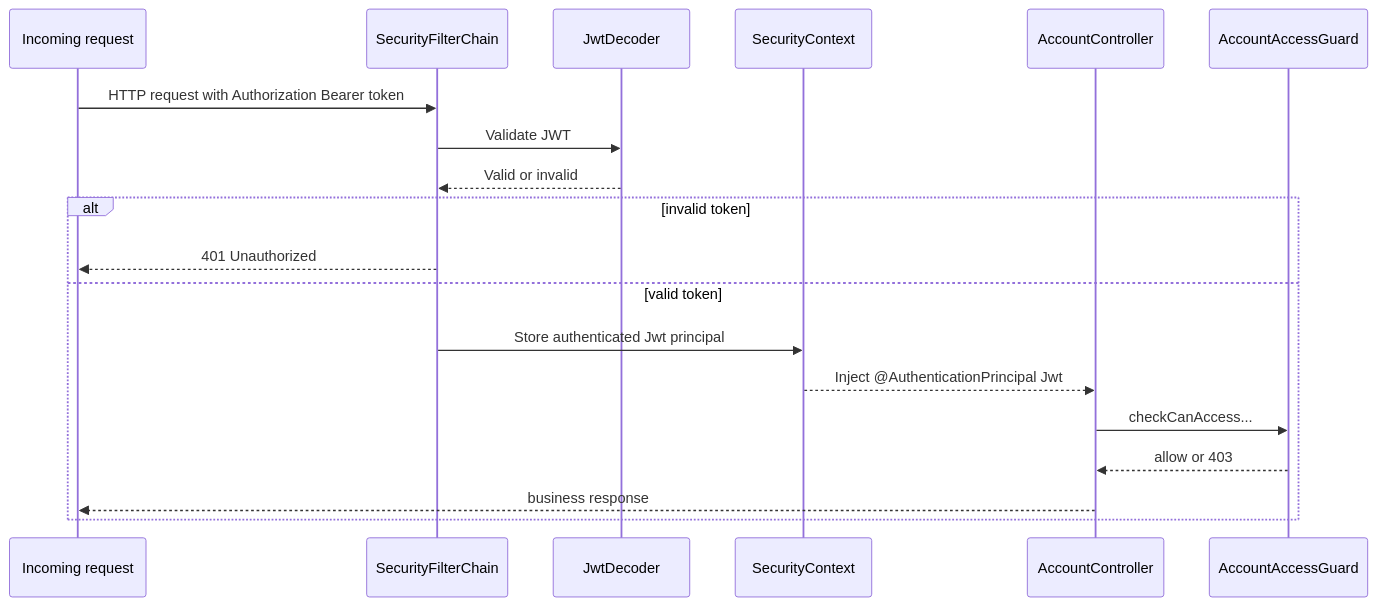
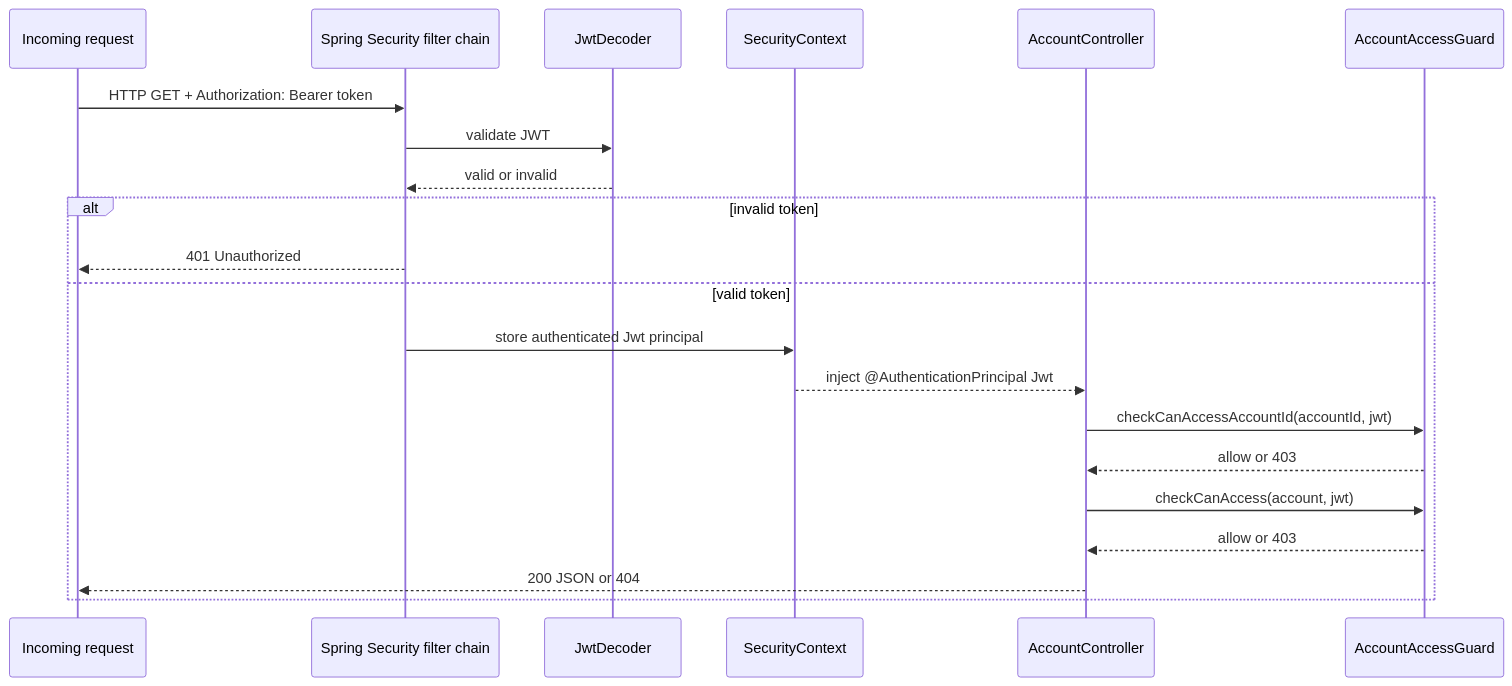
The second of 3 diagrams in docs/09-banking-api-service.md (geekchow/micro-service-auth), drawn with Mermaid before and after one commit. The commit also changed other lines of this file, not shown here.

````diff
--- a/docs/09-banking-api-service.md
+++ b/docs/09-banking-api-service.md
@@ -245,22 +178,24 @@
 ```mermaid
 sequenceDiagram
     participant R as Incoming request
-    participant SF as SecurityFilterChain
+    participant SF as Spring Security filter chain
     participant JD as JwtDecoder
     participant SC as SecurityContext
     participant AC as AccountController
     participant AG as AccountAccessGuard
 
-    R->>SF: HTTP request with Authorization Bearer token
-    SF->>JD: Validate JWT
-    JD-->>SF: Valid or invalid
+    R->>SF: HTTP GET + Authorization: Bearer token
+    SF->>JD: validate JWT
+    JD-->>SF: valid or invalid
     alt invalid token
         SF-->>R: 401 Unauthorized
     else valid token
-        SF->>SC: Store authenticated Jwt principal
-        SC-->>AC: Inject @AuthenticationPrincipal Jwt
-        AC->>AG: checkCanAccess...
+        SF->>SC: store authenticated Jwt principal
+        SC-->>AC: inject @AuthenticationPrincipal Jwt
+        AC->>AG: checkCanAccessAccountId(accountId, jwt)
         AG-->>AC: allow or 403
-        AC-->>R: business response
+        AC->>AG: checkCanAccess(account, jwt)
+        AG-->>AC: allow or 403
+        AC-->>R: 200 JSON or 404
     end
 ```
````
